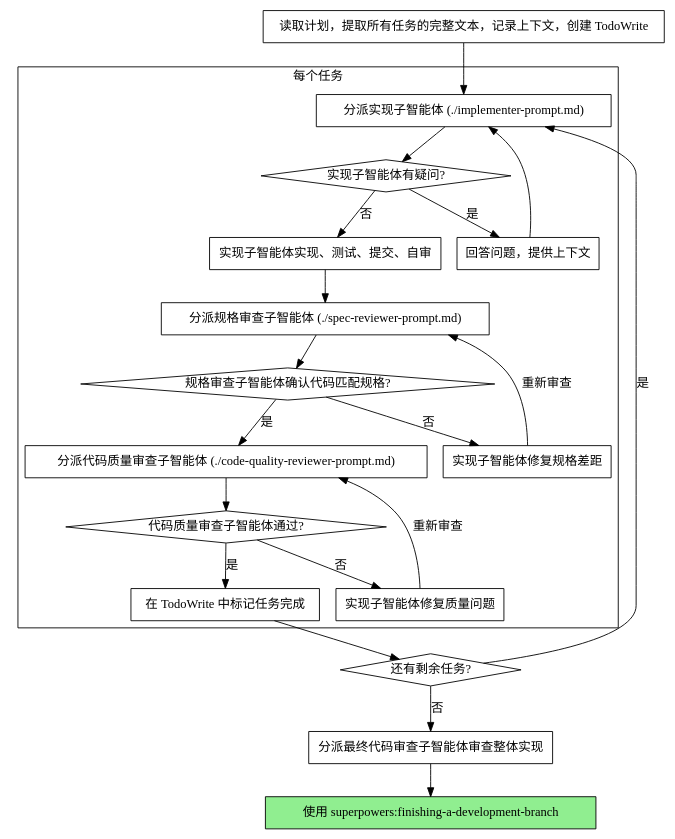
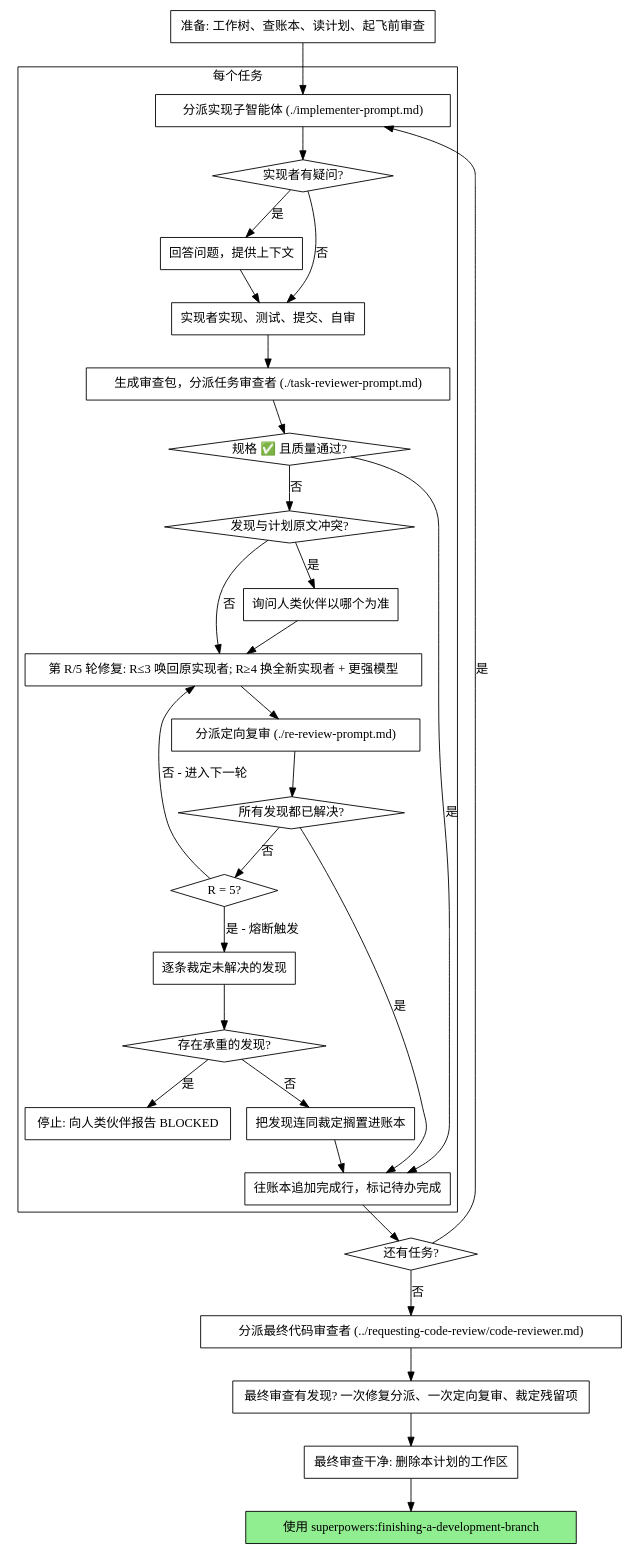
The second of 2 diagrams in subagent-driven-development/SKILL.md (jxoday/DevSkill), drawn with Graphviz before and after one commit. The commit also changed other lines of this file and 155 other files, not shown here.

````diff
--- a/subagent-driven-development/SKILL.md
+++ b/subagent-driven-development/SKILL.md
@@ -47,44 +51,62 @@
 ```dot
 digraph process {
     rankdir=TB;
 
     subgraph cluster_per_task {
         label="每个任务";
         "分派实现子智能体 (./implementer-prompt.md)" [shape=box];
-        "实现子智能体有疑问?" [shape=diamond];
+        "实现者有疑问?" [shape=diamond];
         "回答问题，提供上下文" [shape=box];
-        "实现子智能体实现、测试、提交、自审" [shape=box];
-        "分派规格审查子智能体 (./spec-reviewer-prompt.md)" [shape=box];
-        "规格审查子智能体确认代码匹配规格?" [shape=diamond];
-        "实现子智能体修复规格差距" [shape=box];
-        "分派代码质量审查子智能体 (./code-quality-reviewer-prompt.md)" [shape=box];
-        "代码质量审查子智能体通过?" [shape=diamond];
-        "实现子智能体修复质量问题" [shape=box];
-        "在 TodoWrite 中标记任务完成" [shape=box];
+        "实现者实现、测试、提交、自审" [shape=box];
+        "生成审查包，分派任务审查者 (./task-reviewer-prompt.md)" [shape=box];
+        "规格 ✅ 且质量通过?" [shape=diamond];
+        "发现与计划原文冲突?" [shape=diamond];
+        "询问人类伙伴以哪个为准" [shape=box];
+        "第 R/5 轮修复: R≤3 唤回原实现者; R≥4 换全新实现者 + 更强模型" [shape=box];
+        "分派定向复审 (./re-review-prompt.md)" [shape=box];
+        "所有发现都已解决?" [shape=diamond];
+        "R = 5?" [shape=diamond];
+        "逐条裁定未解决的发现" [shape=box];
+        "存在承重的发现?" [shape=diamond];
+        "停止: 向人类伙伴报告 BLOCKED" [shape=box];
+        "把发现连同裁定搁置进账本" [shape=box];
+        "往账本追加完成行，标记待办完成" [shape=box];
     }
 
-    "读取计划，提取所有任务的完整文本，记录上下文，创建 TodoWrite" [shape=box];
-    "还有剩余任务?" [shape=diamond];
-    "分派最终代码审查子智能体审查整体实现" [shape=box];
+    "准备: 工作树、查账本、读计划、起飞前审查" [shape=box];
+    "还有任务?" [shape=diamond];
+    "分派最终代码审查者 (../requesting-code-review/code-reviewer.md)" [shape=box];
+    "最终审查有发现? 一次修复分派、一次定向复审、裁定残留项" [shape=box];
+    "最终审查干净: 删除本计划的工作区" [shape=box];
     "使用 superpowers:finishing-a-development-branch" [shape=box style=filled fillcolor=lightgreen];
 
-    "读取计划，提取所有任务的完整文本，记录上下文，创建 TodoWrite" -> "分派实现子智能体 (./implementer-prompt.md)";
-    "分派实现子智能体 (./implementer-prompt.md)" -> "实现子智能体有疑问?";
-    "实现子智能体有疑问?" -> "回答问题，提供上下文" [label="是"];
-    "回答问题，提供上下文" -> "分派实现子智能体 (./implementer-prompt.md)";
-    "实现子智能体有疑问?" -> "实现子智能体实现、测试、提交、自审" [label="否"];
-    "实现子智能体实现、测试、提交、自审" -> "分派规格审查子智能体 (./spec-reviewer-prompt.md)";
-    "分派规格审查子智能体 (./spec-reviewer-prompt.md)" -> "规格审查子智能体确认代码匹配规格?";
-    "规格审查子智能体确认代码匹配规格?" -> "实现子智能体修复规格差距" [label="否"];
-    "实现子智能体修复规格差距" -> "分派规格审查子智能体 (./spec-reviewer-prompt.md)" [label="重新审查"];
-    "规格审查子智能体确认代码匹配规格?" -> "分派代码质量审查子智能体 (./code-quality-reviewer-prompt.md)" [label="是"];
-    "分派代码质量审查子智能体 (./code-quality-reviewer-prompt.md)" -> "代码质量审查子智能体通过?";
-    "代码质量审查子智能体通过?" -> "实现子智能体修复质量问题" [label="否"];
-    "实现子智能体修复质量问题" -> "分派代码质量审查子智能体 (./code-quality-reviewer-prompt.md)" [label="重新审查"];
-    "代码质量审查子智能体通过?" -> "在 TodoWrite 中标记任务完成" [label="是"];
-    "在 TodoWrite 中标记任务完成" -> "还有剩余任务?";
-    "还有剩余任务?" -> "分派实现子智能体 (./implementer-prompt.md)" [label="是"];
-    "还有剩余任务?" -> "分派最终代码审查子智能体审查整体实现" [label="否"];
-    "分派最终代码审查子智能体审查整体实现" -> "使用 superpowers:finishing-a-development-branch";
+    "准备: 工作树、查账本、读计划、起飞前审查" -> "分派实现子智能体 (./implementer-prompt.md)";
+    "分派实现子智能体 (./implementer-prompt.md)" -> "实现者有疑问?";
+    "实现者有疑问?" -> "回答问题，提供上下文" [label="是"];
+    "回答问题，提供上下文" -> "实现者实现、测试、提交、自审";
+    "实现者有疑问?" -> "实现者实现、测试、提交、自审" [label="否"];
+    "实现者实现、测试、提交、自审" -> "生成审查包，分派任务审查者 (./task-reviewer-prompt.md)";
+    "生成审查包，分派任务审查者 (./task-reviewer-prompt.md)" -> "规格 ✅ 且质量通过?";
+    "规格 ✅ 且质量通过?" -> "往账本追加完成行，标记待办完成" [label="是"];
+    "规格 ✅ 且质量通过?" -> "发现与计划原文冲突?" [label="否"];
+    "发现与计划原文冲突?" -> "询问人类伙伴以哪个为准" [label="是"];
+    "询问人类伙伴以哪个为准" -> "第 R/5 轮修复: R≤3 唤回原实现者; R≥4 换全新实现者 + 更强模型";
+    "发现与计划原文冲突?" -> "第 R/5 轮修复: R≤3 唤回原实现者; R≥4 换全新实现者 + 更强模型" [label="否"];
+    "第 R/5 轮修复: R≤3 唤回原实现者; R≥4 换全新实现者 + 更强模型" -> "分派定向复审 (./re-review-prompt.md)";
+    "分派定向复审 (./re-review-prompt.md)" -> "所有发现都已解决?";
+    "所有发现都已解决?" -> "往账本追加完成行，标记待办完成" [label="是"];
+    "所有发现都已解决?" -> "R = 5?" [label="否"];
+    "R = 5?" -> "第 R/5 轮修复: R≤3 唤回原实现者; R≥4 换全新实现者 + 更强模型" [label="否 - 进入下一轮"];
+    "R = 5?" -> "逐条裁定未解决的发现" [label="是 - 熔断触发"];
+    "逐条裁定未解决的发现" -> "存在承重的发现?";
+    "存在承重的发现?" -> "停止: 向人类伙伴报告 BLOCKED" [label="是"];
+    "存在承重的发现?" -> "把发现连同裁定搁置进账本" [label="否"];
+    "把发现连同裁定搁置进账本" -> "往账本追加完成行，标记待办完成";
+    "往账本追加完成行，标记待办完成" -> "还有任务?";
+    "还有任务?" -> "分派实现子智能体 (./implementer-prompt.md)" [label="是"];
+    "还有任务?" -> "分派最终代码审查者 (../requesting-code-review/code-reviewer.md)" [label="否"];
+    "分派最终代码审查者 (../requesting-code-review/code-reviewer.md)" -> "最终审查有发现? 一次修复分派、一次定向复审、裁定残留项";
+    "最终审查有发现? 一次修复分派、一次定向复审、裁定残留项" -> "最终审查干净: 删除本计划的工作区";
+    "最终审查干净: 删除本计划的工作区" -> "使用 superpowers:finishing-a-development-branch";
 }
 ```
````
